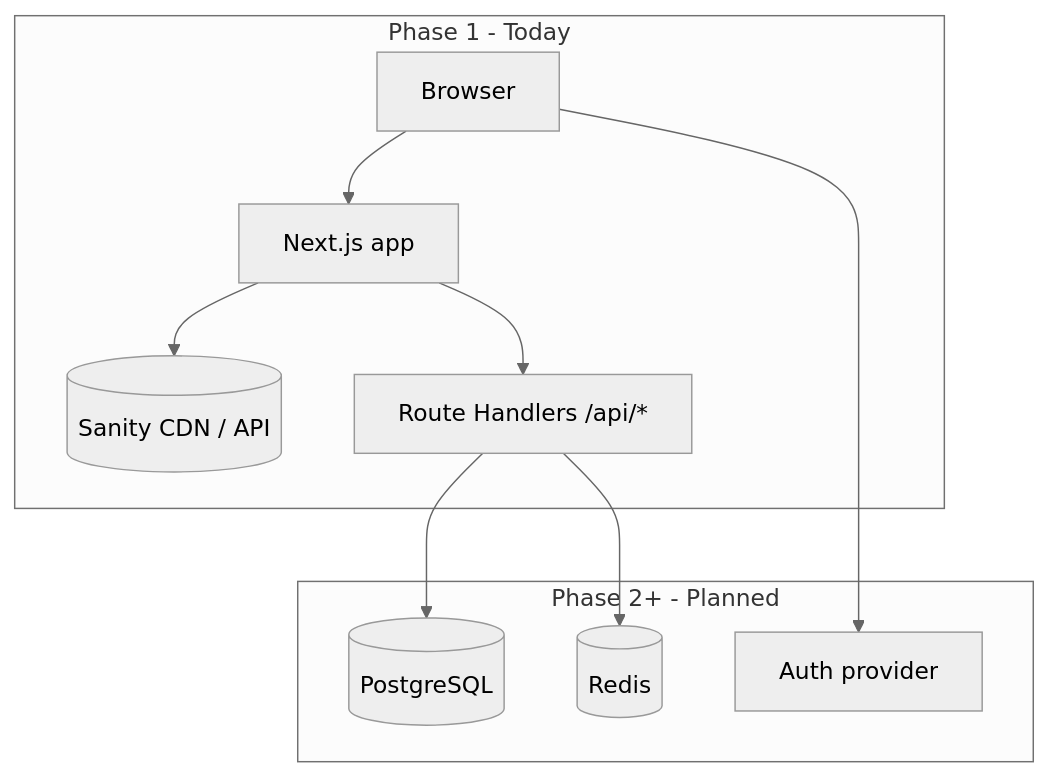
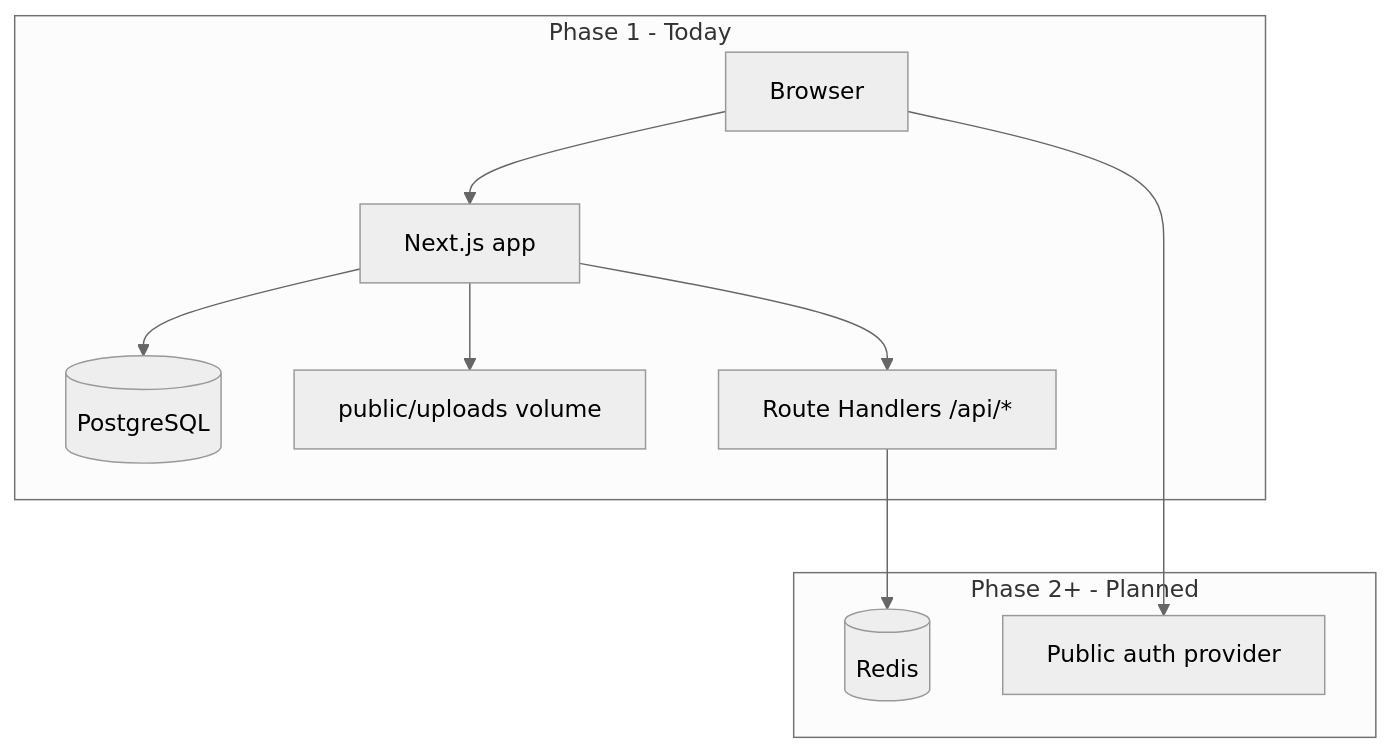
Before and after one commit to wastwagon/mbkru: the diagram in docs/ARCHITECTURE.md, drawn with Mermaid (neutral theme). The commit also changed other lines of this file and 55 other files, not shown here.

````diff
--- a/docs/ARCHITECTURE.md
+++ b/docs/ARCHITECTURE.md
@@ -22,21 +23,21 @@
 ```mermaid
 flowchart TB
   subgraph phase1 [Phase 1 - Today]
     Browser[Browser]
     Next[Next.js app]
-    Sanity[(Sanity CDN / API)]
+    PG[(PostgreSQL)]
+    Uploads[public/uploads volume]
     API[Route Handlers /api/*]
     Browser --> Next
-    Next --> Sanity
+    Next --> PG
+    Next --> Uploads
     Next --> API
   end
 
   subgraph phase2plus [Phase 2+ - Planned]
-    PG[(PostgreSQL)]
     Redis[(Redis)]
-    Auth[Auth provider]
-    API --> PG
+    Auth[Public auth provider]
     API --> Redis
     Browser --> Auth
   end
 ```
````
